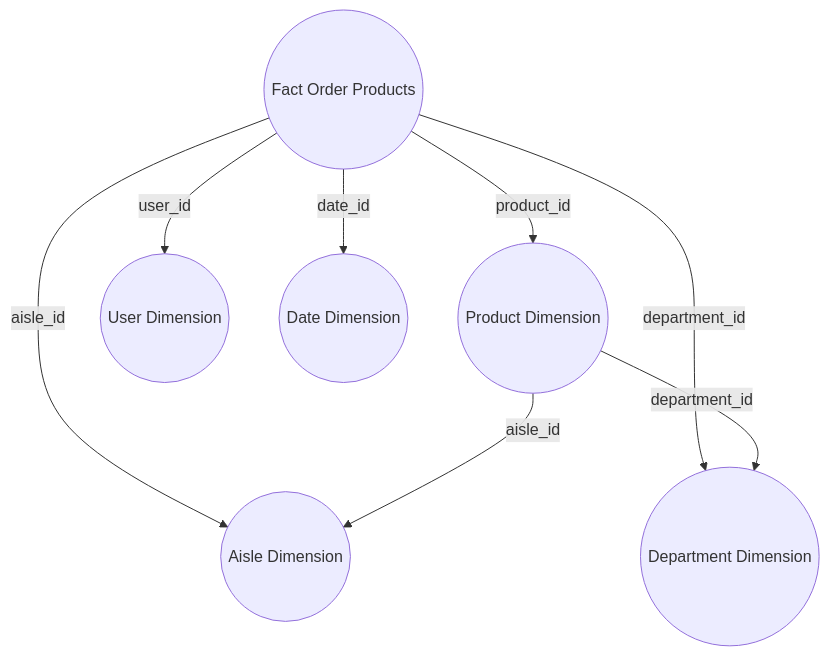
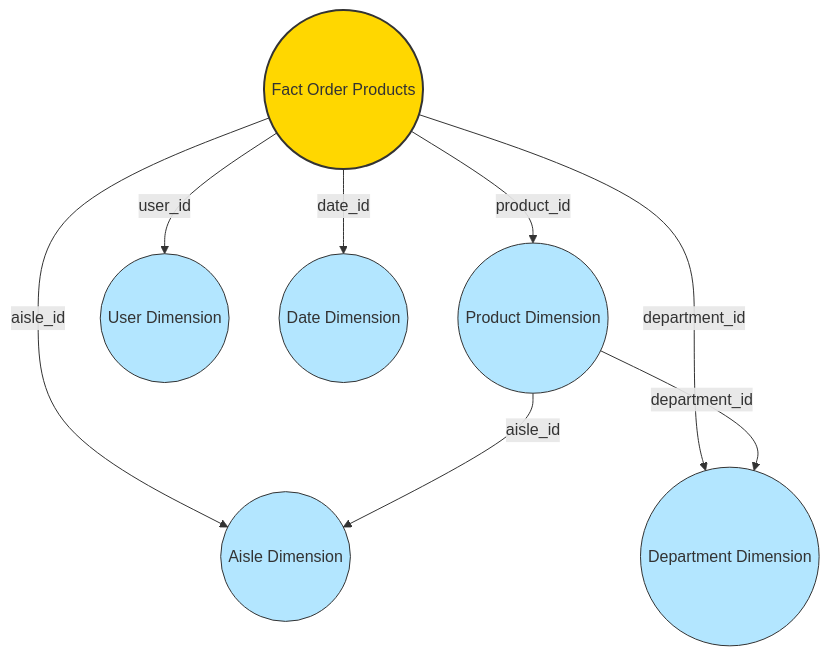
Before and after one commit to YonatanHanasav/Data-Engineering-Projects: the second of 2 diagrams in spark-star-schema-project/README.md, drawn with Mermaid. The commit also changed other lines of this file, not shown here.

````diff
--- a/spark-star-schema-project/README.md
+++ b/spark-star-schema-project/README.md
@@ -58,17 +59,26 @@
 ```mermaid
 graph TD
-  FACT_ORDER_PRODUCTS((Fact Order Products))
   DIM_PRODUCT((Product Dimension))
   DIM_USER((User Dimension))
   DIM_DATE((Date Dimension))
   DIM_AISLE((Aisle Dimension))
   DIM_DEPARTMENT((Department Dimension))
-
+  
+  FACT_ORDER_PRODUCTS((Fact Order Products))
+  
   FACT_ORDER_PRODUCTS -- product_id --> DIM_PRODUCT
   FACT_ORDER_PRODUCTS -- user_id --> DIM_USER
   FACT_ORDER_PRODUCTS -- date_id --> DIM_DATE
   FACT_ORDER_PRODUCTS -- aisle_id --> DIM_AISLE
   FACT_ORDER_PRODUCTS -- department_id --> DIM_DEPARTMENT
+  
   DIM_PRODUCT -- aisle_id --> DIM_AISLE
   DIM_PRODUCT -- department_id --> DIM_DEPARTMENT
+
+  style FACT_ORDER_PRODUCTS fill:#ffd700,stroke:#333,stroke-width:2px
+  style DIM_PRODUCT fill:#b3e6ff,stroke:#333,stroke-width:1px
+  style DIM_USER fill:#b3e6ff,stroke:#333,stroke-width:1px
+  style DIM_DATE fill:#b3e6ff,stroke:#333,stroke-width:1px
+  style DIM_AISLE fill:#b3e6ff,stroke:#333,stroke-width:1px
+  style DIM_DEPARTMENT fill:#b3e6ff,stroke:#333,stroke-width:1px
 ```
````
